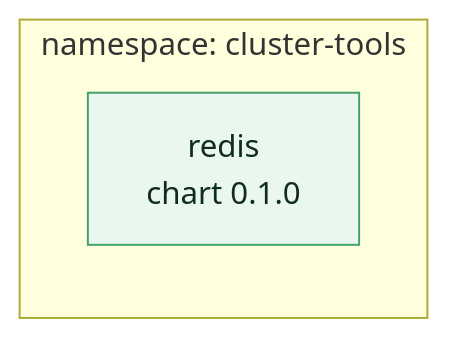
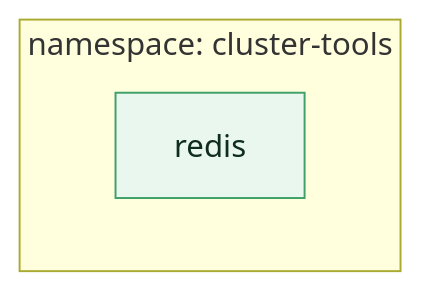
One commit to jd4883/redis changed the diagram in docs/img/topology.mmd. Above: the diagram before and after it, drawn with Mermaid.

Commit message:
Regenerated the topology diagram to the current contract

```diff
--- a/docs/img/topology.mmd
+++ b/docs/img/topology.mmd
@@ -1,10 +1,10 @@
 flowchart LR
   classDef ext fill:#eef4ff,stroke:#5b8def,color:#12233f;
   classDef app fill:#e9f7ef,stroke:#3fa06a,color:#0f2d1e;
   classDef store fill:#fff4e5,stroke:#e0932f,color:#3d2a08;
   classDef sec fill:#fdecef,stroke:#d2506b,color:#3d0d18;
   classDef dep fill:#f3edff,stroke:#8a63d2,color:#241338;
   subgraph NS["namespace: cluster-tools"]
     direction TB
-    APP["redis<br/>chart 0.1.0"]:::app
+    APP["redis"]:::app
   end
```
